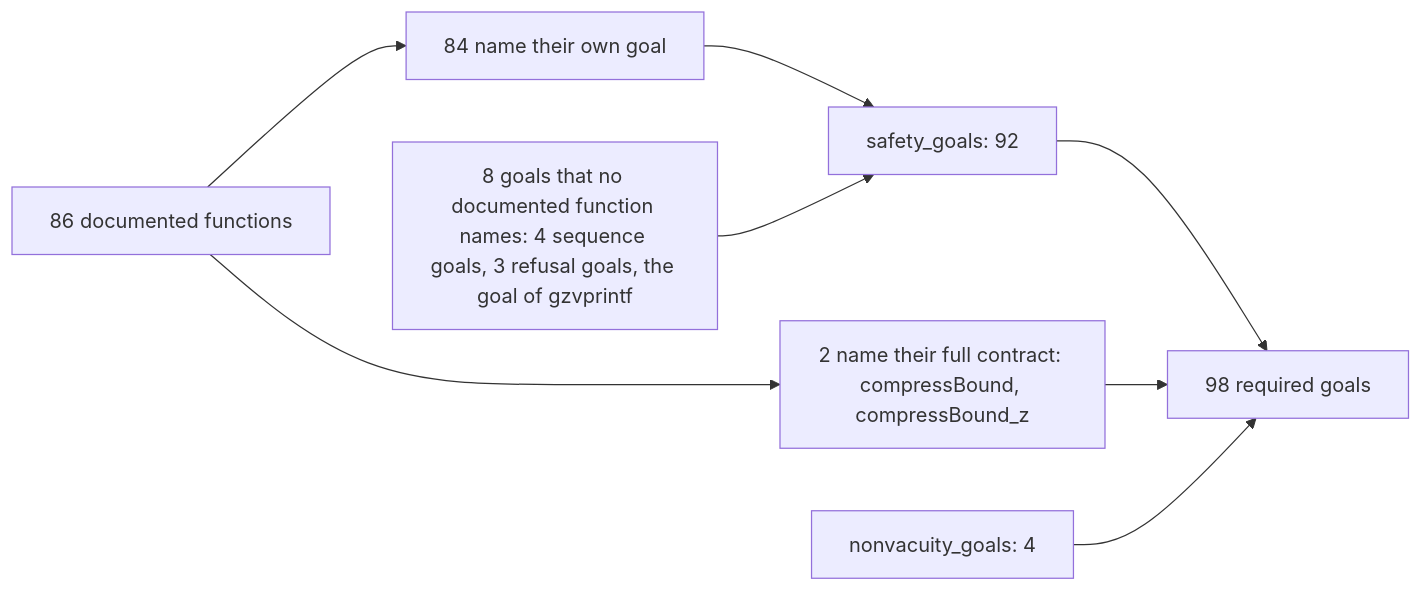
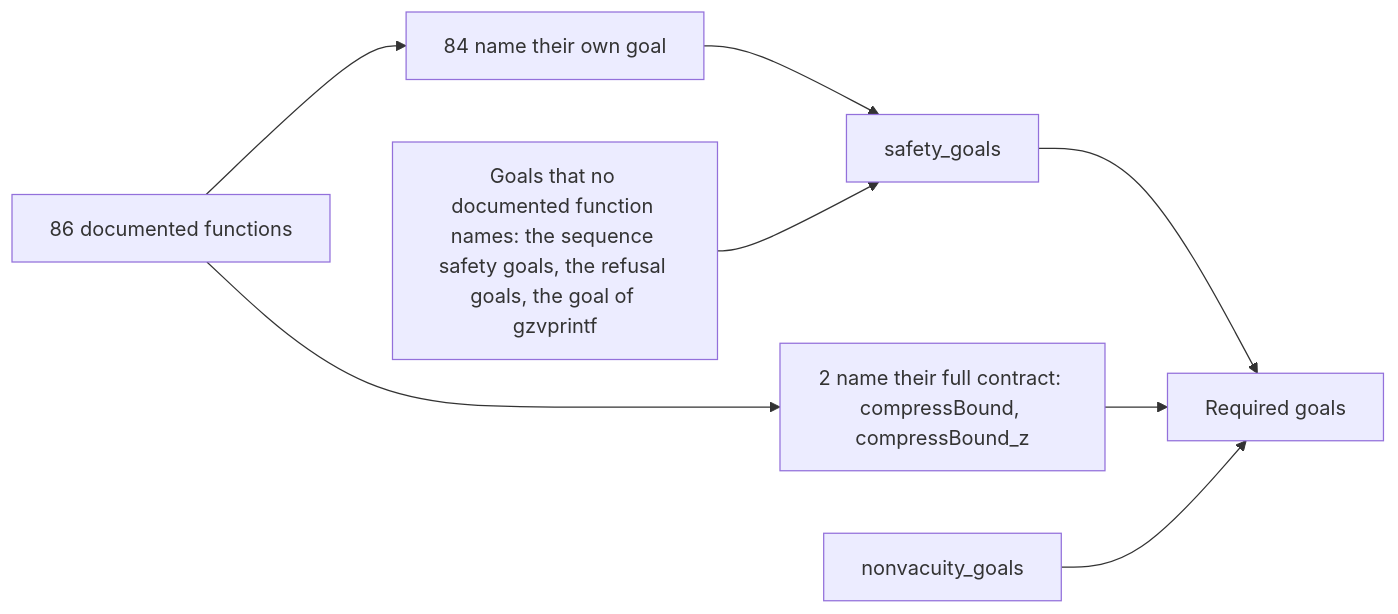
Before and after one commit to cla7aye15I4nd/oss-proof: the diagram in docs/checking/goals.md, drawn with Mermaid. The commit also changed other lines of this file and 15 other files, not shown here.

````diff
--- a/docs/checking/goals.md
+++ b/docs/checking/goals.md
@@ -50,10 +50,10 @@
 ```mermaid
 flowchart LR
     D["86 documented functions"] --> O["84 name their own goal"]
     D --> C["2 name their full contract: compressBound, compressBound_z"]
-    O --> G["safety_goals: 92"]
-    Q["8 goals that no documented function names: 4 sequence goals, 3 refusal goals, the goal of gzvprintf"] --> G
-    G --> R["98 required goals"]
+    O --> G["safety_goals"]
+    Q["Goals that no documented function names: the sequence safety goals, the refusal goals, the goal of gzvprintf"] --> G
+    G --> R["Required goals"]
     C --> R
-    N["nonvacuity_goals: 4"] --> R
+    N["nonvacuity_goals"] --> R
 ```
````
